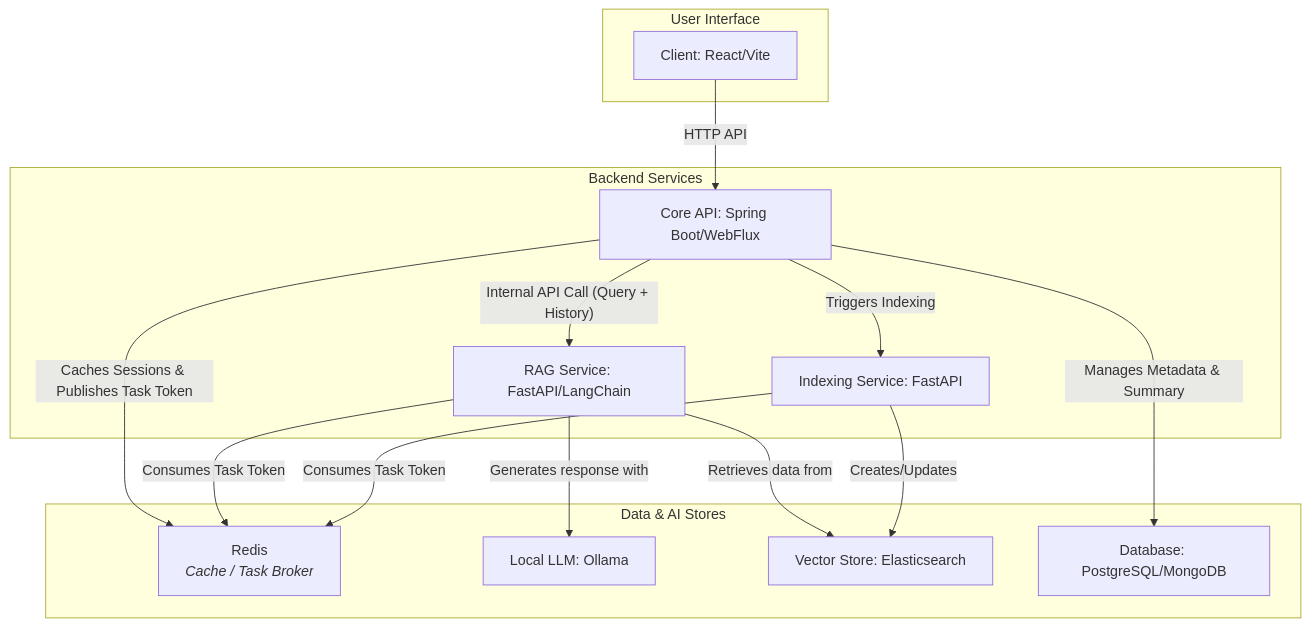
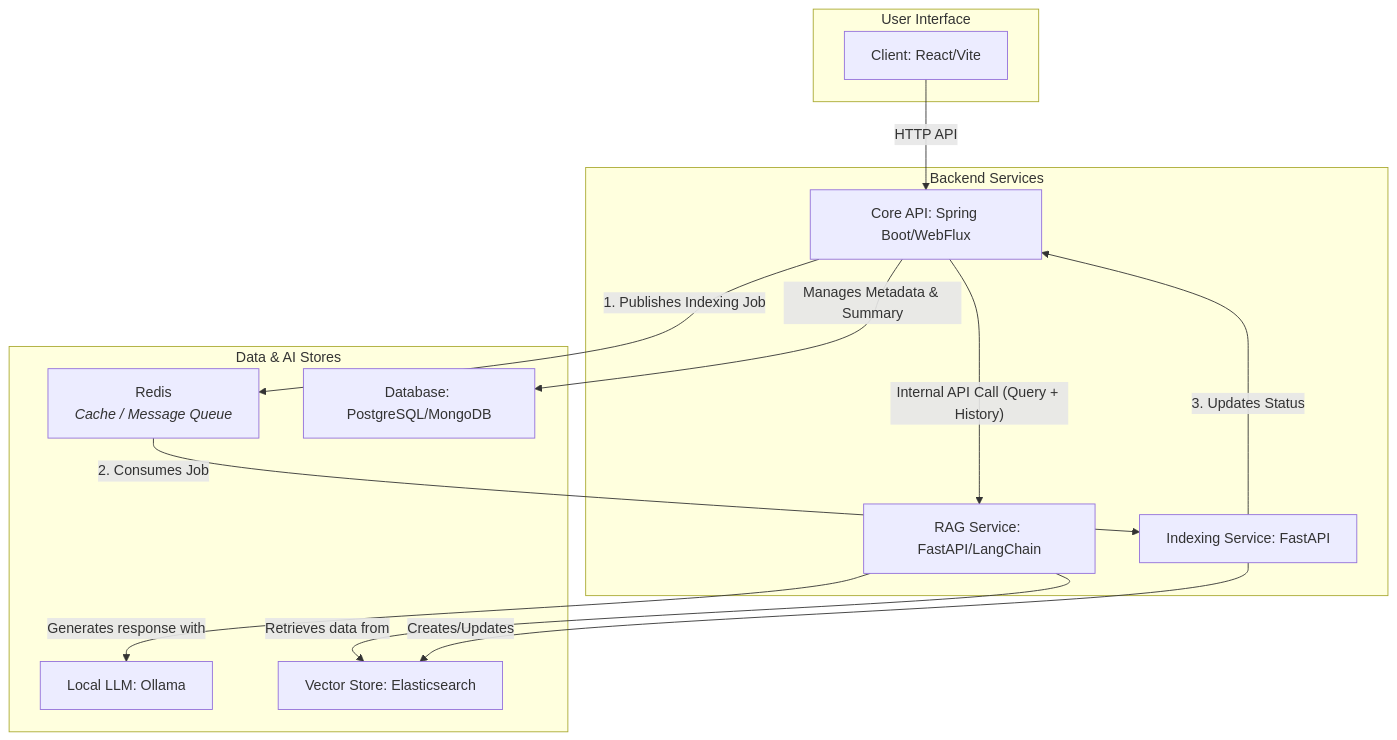
Before and after one commit to fake-dev-log/rag-chatbot-prototype: the diagram in README.ko.md, drawn with Mermaid. The commit also changed other lines of this file and 25 other files, not shown here.

````diff
--- a/README.ko.md
+++ b/README.ko.md
@@ -24,35 +24,34 @@
 ```mermaid
 graph TD
     subgraph "User Interface"
         A[Client: React/Vite]
     end
 
     subgraph "Backend Services"
         B[Core API: Spring Boot/WebFlux]
         C[RAG Service: FastAPI/LangChain]
         D[Indexing Service: FastAPI]
     end
 
     subgraph "Data & AI Stores"
-        E[Redis<br><i>Cache / Task Broker</i>]
+        E[Redis<br><i>Cache / Message Queue</i>]
         F[Local LLM: Ollama]
         G[Vector Store: Elasticsearch]
         H[Database: PostgreSQL/MongoDB]
     end
 
 %% Main application flow
     A -- "HTTP API" --> B
     B -- "Internal API Call (Query + History)" --> C
-    B -- "Triggers Indexing" --> D
+
+%% Asynchronous Indexing Flow
+    B -- "1. Publishes Indexing Job" --> E
+    E -- "2. Consumes Job" --> D
+    D -- "3. Updates Status" --> B
 
 %% Data store interactions
     B -- "Manages Metadata & Summary" --> H
     C -- "Retrieves data from" --> G
     D -- "Creates/Updates" --> G
     C -- "Generates response with" --> F
-
-%% Redis-specific interactions
-    B -- "Caches Sessions & Publishes Task Token" --> E
-    C -- "Consumes Task Token" --> E
-    D -- "Consumes Task Token" --> E
 ```
````
